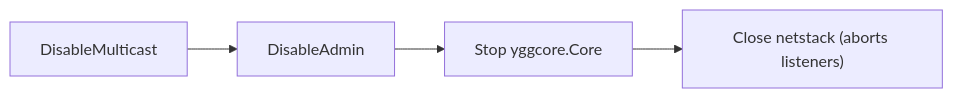
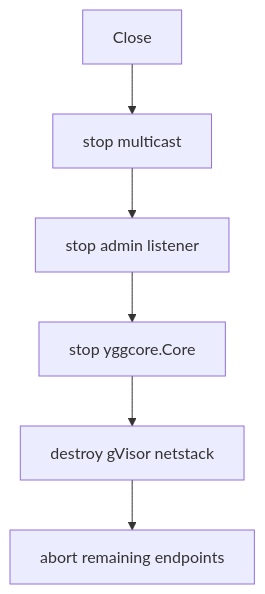
The second of 2 diagrams in mod/core/README.md (voluminor/ratatoskr), drawn with Mermaid before and after one commit. The commit also changed other lines of this file and 175 other files, not shown here.

````diff
--- a/mod/core/README.md
+++ b/mod/core/README.md
@@ -182,6 +178,14 @@
 ```mermaid
-flowchart LR
-    A["DisableMulticast"] --> B["DisableAdmin"]
-  B --> D["Stop yggcore.Core"]
-  D --> E["Close netstack (aborts listeners)"]
+flowchart TD
+  Close["Close"]
+  Multicast["stop multicast"]
+  Admin["stop admin listener"]
+  Core["stop yggcore.Core"]
+  Stack["destroy gVisor netstack"]
+  Endpoints["abort remaining endpoints"]
+  Close --> Multicast
+  Multicast --> Admin
+  Admin --> Core
+  Core --> Stack
+  Stack --> Endpoints
 ```
````
